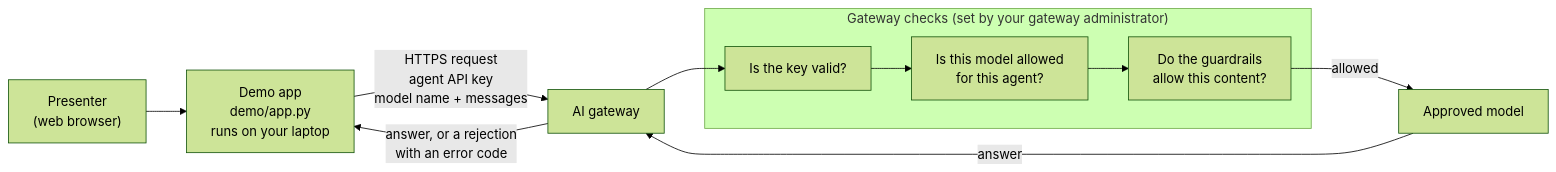
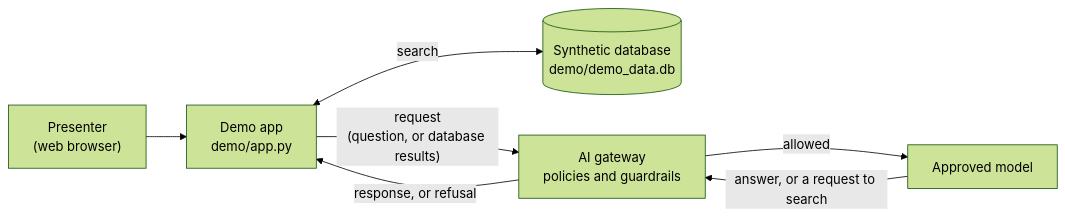
One commit to cruzbuilds/basic-chat-demo changed the diagram in architecture/README.md. Above: the diagram before and after it, drawn with Mermaid (forest theme). The commit also changed other lines of this file and 5 other files, not shown here.

Commit message:
Simplest agent: one page, database tool, raw gateway responses

````diff
--- a/architecture/README.md
+++ b/architecture/README.md
@@ -5,15 +5,9 @@
 ```mermaid
 flowchart LR
-    U["Presenter<br/>(web browser)"] --> A["Demo app<br/>demo/app.py<br/>runs on your laptop"]
-    A -- "HTTPS request<br/>agent API key<br/>model name + messages" --> G["AI gateway"]
-
-    subgraph G2 ["Gateway checks (set by your gateway administrator)"]
-        K["Is the key valid?"] --> P["Is this model allowed<br/>for this agent?"]
-        P --> R["Do the guardrails<br/>allow this content?"]
-    end
-
-    G --> K
-    R -- "allowed" --> M["Approved model"]
-    M -- "answer" --> G
-    G -- "answer, or a rejection<br/>with an error code" --> A
+    U["Presenter<br/>(web browser)"] --> A["Demo app<br/>demo/app.py"]
+    A <-- "search" --> D[("Synthetic database<br/>demo/demo_data.db")]
+    A -- "request<br/>(question, or database results)" --> G["AI gateway<br/>policies and guardrails"]
+    G -- "allowed" --> M["Approved model"]
+    M -- "answer, or a request to search" --> G
+    G -- "response, or refusal" --> A
 ```
````
